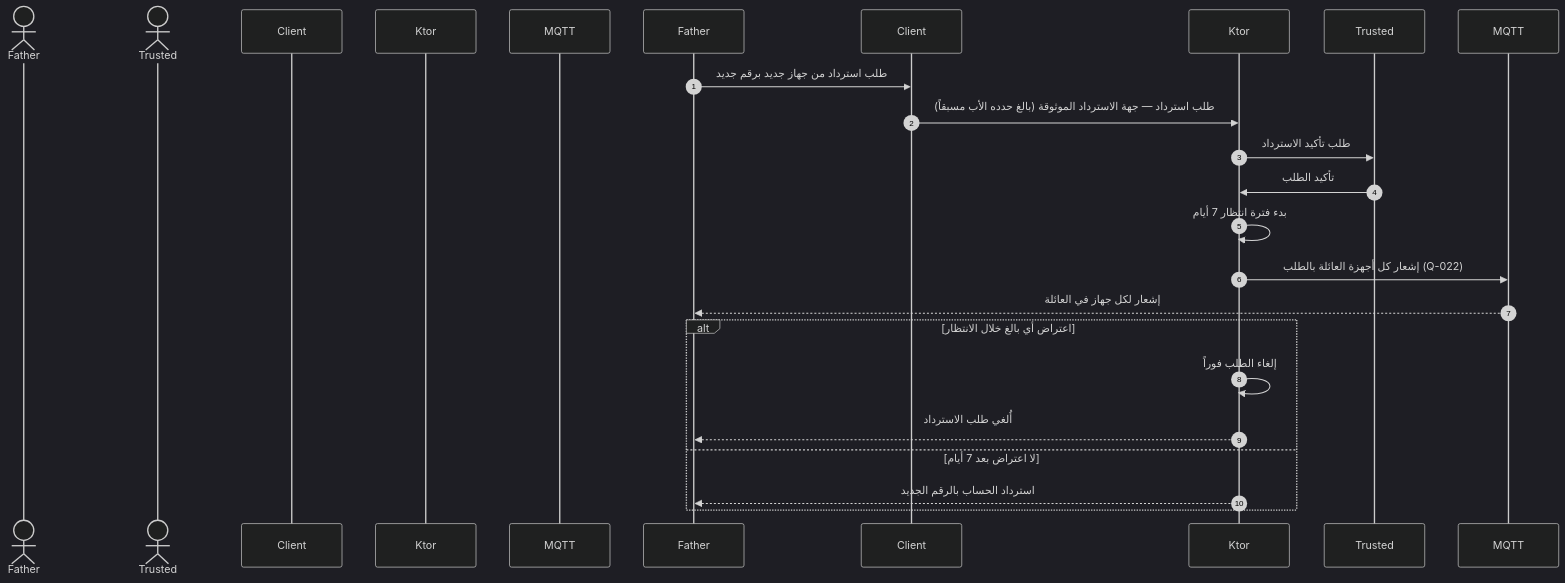
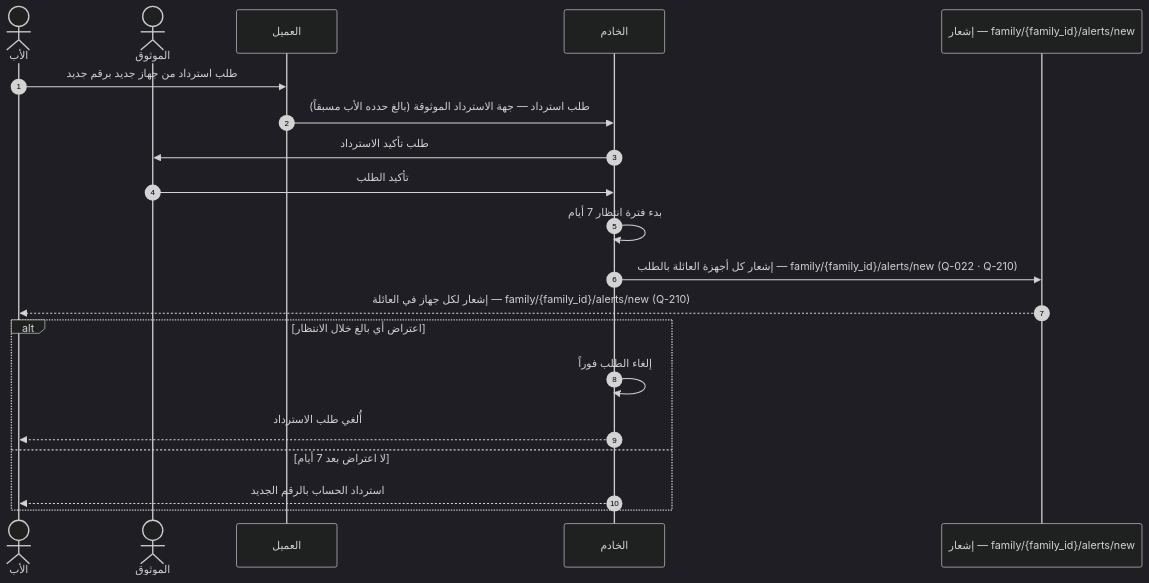
One commit to Bassam-mohammed-alqaeadi/family-os-v2 changed the eighth of 13 diagrams in docs/family-os/governance/phases/phase-1/S1-02-identity-and-onboarding/DIAGRAMS.md. Above: the diagram before and after it, drawn with Mermaid (dark theme). The commit also changed other lines of this file and 10 other files, not shown here.

Commit message:
إغلاق المراجعة الشاملة R1–R5 (Q-196…Q-231) — المخططات DIAGRAMS + خريطة السياق (2/4)

````diff
--- a/docs/family-os/governance/phases/phase-1/S1-02-identity-and-onboarding/DIAGRAMS.md
+++ b/docs/family-os/governance/phases/phase-1/S1-02-identity-and-onboarding/DIAGRAMS.md
@@ -366,22 +371,22 @@
 ```mermaid
 sequenceDiagram
     autonumber
-    actor الأب as Father
-    actor الموثوق as Trusted
-    participant العميل as Client
-    participant الخادم as Ktor
-    participant إشعار as MQTT
+    actor Father as الأب
+    actor Trusted as الموثوق
+    participant Client as العميل
+    participant Ktor as الخادم
+    participant MQTT as إشعار — family/{family_id}/alerts/new
     Father->>Client: طلب استرداد من جهاز جديد برقم جديد
     Client->>Ktor: طلب استرداد — جهة الاسترداد الموثوقة (بالغ حدده الأب مسبقاً)
     Ktor->>Trusted: طلب تأكيد الاسترداد
     Trusted->>Ktor: تأكيد الطلب
     Ktor->>Ktor: بدء فترة انتظار 7 أيام
-    Ktor->>MQTT: إشعار كل أجهزة العائلة بالطلب (Q-022)
-    MQTT-->>Father: إشعار لكل جهاز في العائلة
+    Ktor->>MQTT: إشعار كل أجهزة العائلة بالطلب — family/{family_id}/alerts/new (Q-022 · Q-210)
+    MQTT-->>Father: إشعار لكل جهاز في العائلة — family/{family_id}/alerts/new (Q-210)
     alt اعتراض أي بالغ خلال الانتظار
         Ktor->>Ktor: إلغاء الطلب فوراً
         Ktor-->>Father: أُلغي طلب الاسترداد
     else لا اعتراض بعد 7 أيام
         Ktor-->>Father: استرداد الحساب بالرقم الجديد
     end
 ```
````
